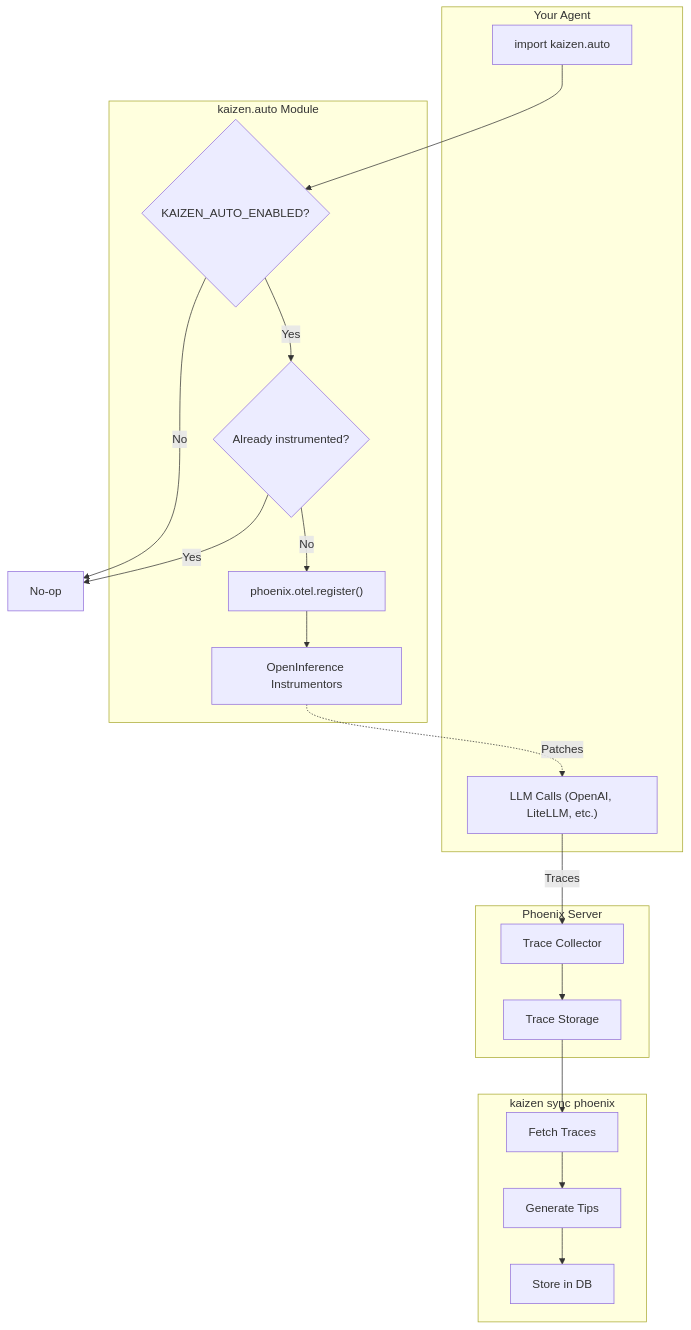
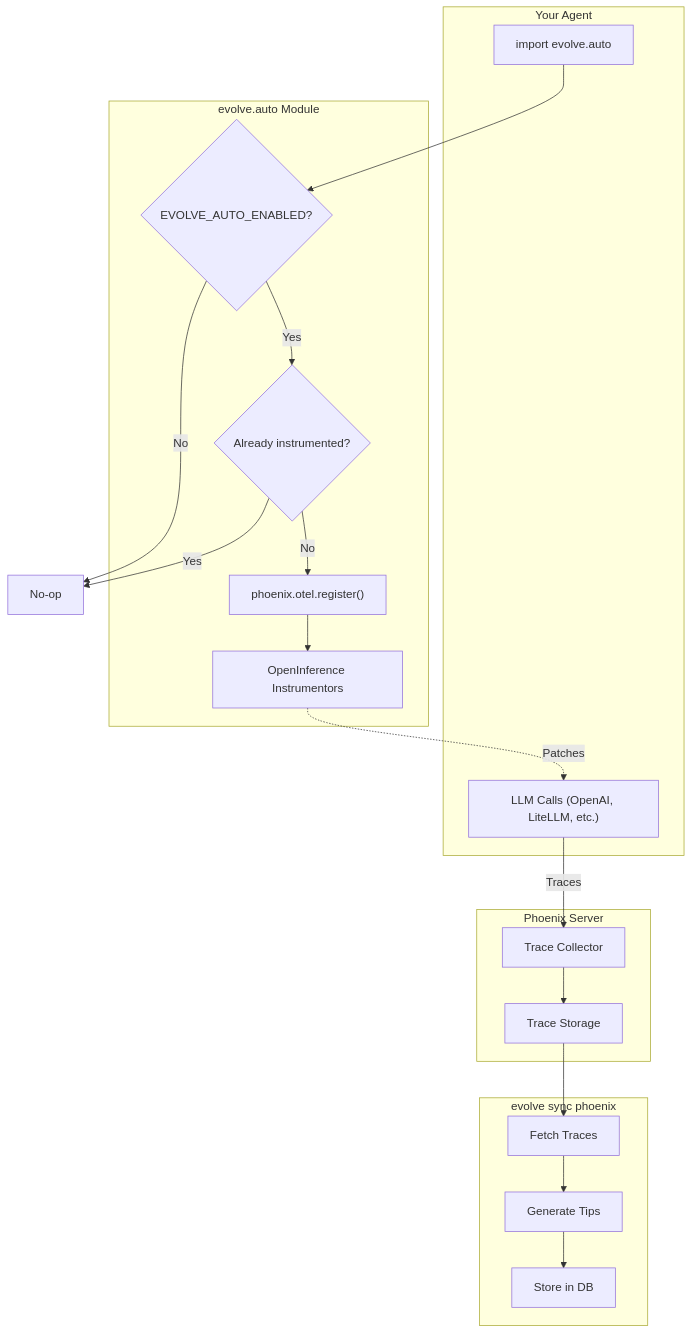
The diagram in docs/LOW_CODE_TRACING.md (visahak/kaizen), drawn with Mermaid before and after one commit. The commit also changed other lines of this file and 12 other files, not shown here.

````diff
--- a/docs/LOW_CODE_TRACING.md
+++ b/docs/LOW_CODE_TRACING.md
@@ -7,38 +7,38 @@
 ```mermaid
 flowchart TB
     subgraph Agent["Your Agent"]
-        A1["import kaizen.auto"]
+        A1["import evolve.auto"]
         A2["LLM Calls (OpenAI, LiteLLM, etc.)"]
     end
     
-    subgraph Kaizen["kaizen.auto Module"]
-        K1{"KAIZEN_AUTO_ENABLED?"}
+    subgraph Evolve["evolve.auto Module"]
+        K1{"EVOLVE_AUTO_ENABLED?"}
         K2{"Already instrumented?"}
         K3["phoenix.otel.register()"]
         K4["OpenInference Instrumentors"]
     end
     
     subgraph Phoenix["Phoenix Server"]
         P1["Trace Collector"]
         P2["Trace Storage"]
     end
     
-    subgraph Sync["kaizen sync phoenix"]
+    subgraph Sync["evolve sync phoenix"]
         S1["Fetch Traces"]
         S2["Generate Tips"]
         S3["Store in DB"]
     end
     
     A1 --> K1
     K1 -->|No| SKIP["No-op"]
     K1 -->|Yes| K2
     K2 -->|Yes| SKIP
     K2 -->|No| K3
     K3 --> K4
     K4 -.->|"Patches"| A2
     A2 -->|"Traces"| P1
     P1 --> P2
     P2 --> S1
     S1 --> S2
     S2 --> S3
 ```
````
